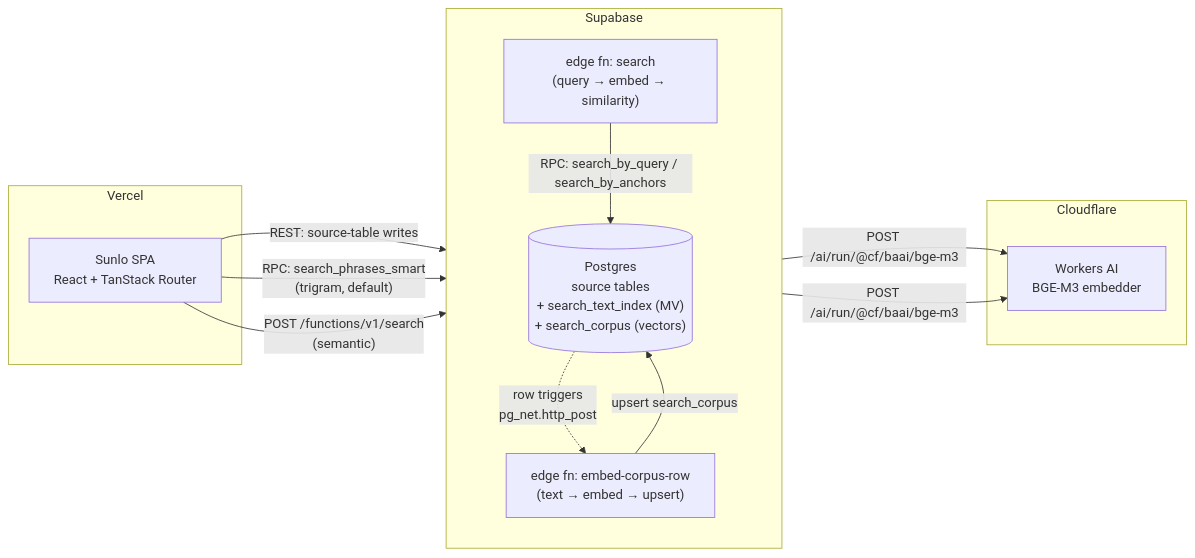
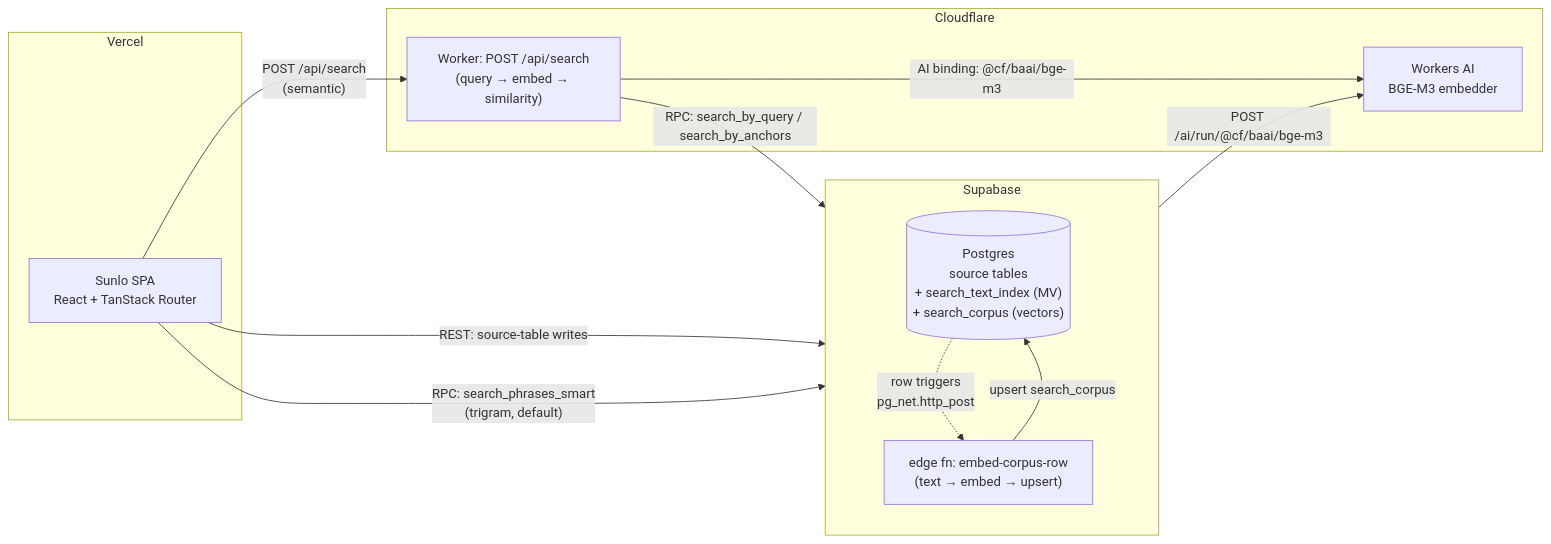
One commit to mhsnook/sunlo changed the diagram in README.md. Above: the diagram before and after it, drawn with Mermaid. The commit also changed other lines of this file and 17 other files, not shown here.

First line of the commit message:
Serve semantic search from the Worker at POST /api/search (#872)

````diff
--- a/README.md
+++ b/README.md
@@ -62,26 +62,26 @@
 ```mermaid
 flowchart LR
   subgraph V["Vercel"]
     SPA["Sunlo SPA<br/>React + TanStack Router"]
   end
 
   subgraph CF["Cloudflare"]
+    Search["Worker: POST /api/search<br/>(query → embed → similarity)"]
     WA["Workers AI<br/>BGE-M3 embedder"]
   end
 
   subgraph SB["Supabase"]
     direction TB
     DB[("Postgres<br/>source tables<br/>+ search_text_index (MV)<br/>+ search_corpus (vectors)")]
-    Search["edge fn: search<br/>(query → embed → similarity)"]
     Embed["edge fn: embed-corpus-row<br/>(text → embed → upsert)"]
     DB -. "row triggers<br/>pg_net.http_post" .-> Embed
   end
 
   SPA -- "REST: source-table writes" --> DB
   SPA -- "RPC: search_phrases_smart<br/>(trigram, default)" --> DB
-  SPA -- "POST /functions/v1/search<br/>(semantic)" --> Search
+  SPA -- "POST /api/search<br/>(semantic)" --> Search
   Search -- "RPC: search_by_query / search_by_anchors" --> DB
-  Search -- "POST /ai/run/@cf/baai/bge-m3" --> WA
+  Search -- "AI binding: @cf/baai/bge-m3" --> WA
   Embed -- "POST /ai/run/@cf/baai/bge-m3" --> WA
   Embed -- "upsert search_corpus" --> DB
 ```
````
